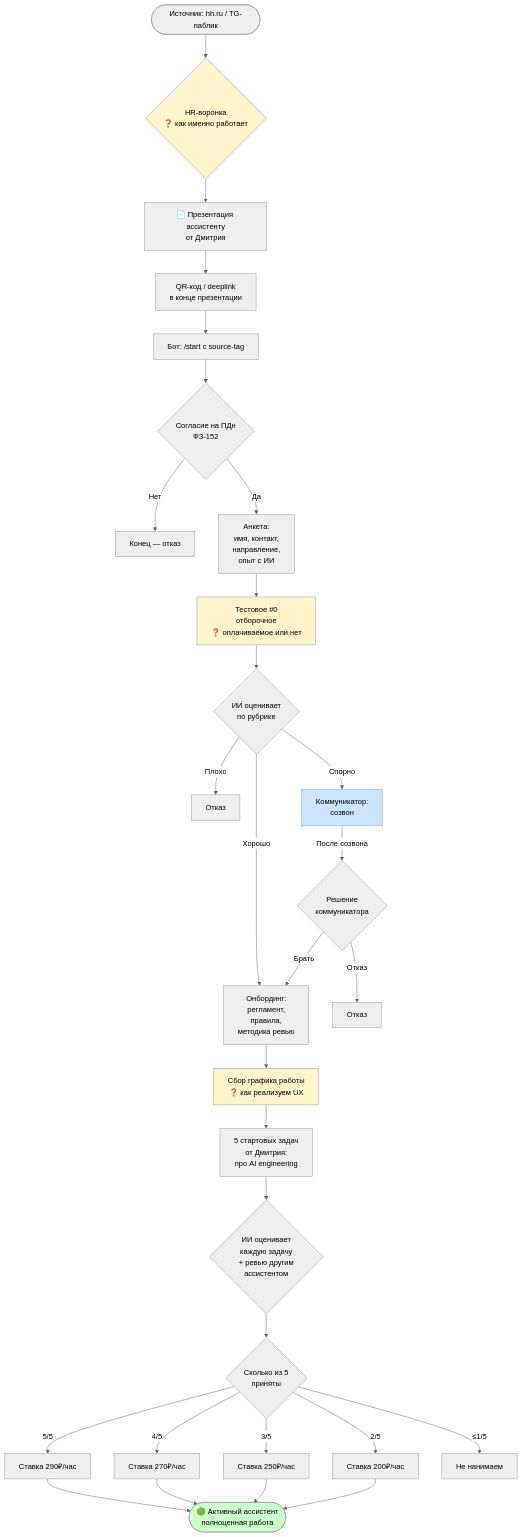
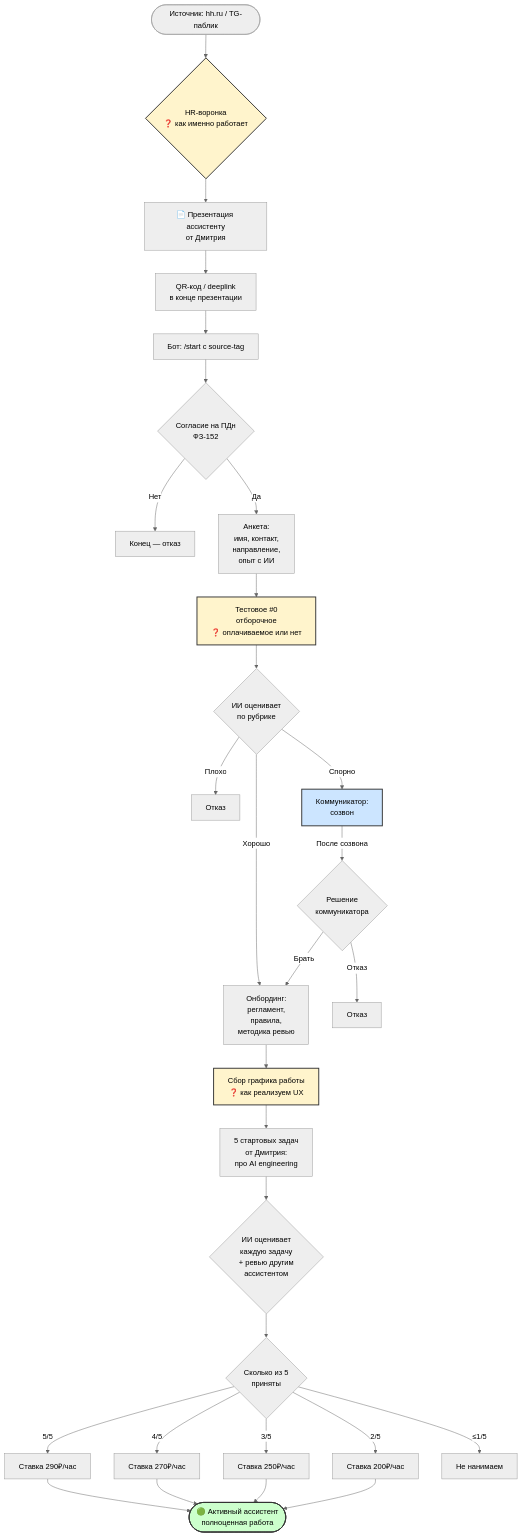
Before and after one commit to kokolsk1y/assistant-hub: the second of 4 diagrams in docs/ARCHITECTURE_AND_QUESTIONS.md, drawn with Mermaid (neutral theme). The commit also changed other lines of this file and 2 other files, not shown here.

First line of the commit message:
docs: README.md + улучшение читаемости Mermaid в .md

````diff
--- a/docs/ARCHITECTURE_AND_QUESTIONS.md
+++ b/docs/ARCHITECTURE_AND_QUESTIONS.md
@@ -122,40 +132,40 @@
 ```mermaid
 flowchart TD
     Start([Источник: hh.ru / TG-паблик]) --> Funnel{HR-воронка<br/>❓ как именно работает}
     Funnel --> Pres[📄 Презентация ассистенту<br/>от Дмитрия]
     Pres --> QR[QR-код / deeplink<br/>в конце презентации]
     QR --> BotStart[Бот: /start с source-tag]
 
     BotStart --> Consent{Согласие на ПДн<br/>ФЗ-152}
     Consent -->|Нет| End1[Конец — отказ]
     Consent -->|Да| Anketa[Анкета:<br/>имя, контакт,<br/>направление,<br/>опыт с ИИ]
 
     Anketa --> TestZero[Тестовое #0<br/>отборочное<br/>❓ оплачиваемое или нет]
     TestZero --> Eval0{ИИ оценивает<br/>по рубрике}
     Eval0 -->|Плохо| End2[Отказ]
     Eval0 -->|Спорно| Comm1[Коммуникатор:<br/>созвон]
     Eval0 -->|Хорошо| Onboarding[Онбординг:<br/>регламент,<br/>правила,<br/>методика ревью]
 
     Comm1 -->|После созвона| Decide{Решение<br/>коммуникатора}
     Decide -->|Брать| Onboarding
     Decide -->|Отказ| End3[Отказ]
 
     Onboarding --> Sched[Сбор графика работы<br/>❓ как реализуем UX]
     Sched --> StartTasks[5 стартовых задач<br/>от Дмитрия:<br/>про AI engineering]
 
     StartTasks --> Eval5{ИИ оценивает<br/>каждую задачу<br/>+ ревью другим<br/>ассистентом}
     Eval5 --> Rate{Сколько из 5<br/>приняты}
     Rate -->|5/5| R290[Ставка 290₽/час]
     Rate -->|4/5| R270[Ставка 270₽/час]
     Rate -->|3/5| R250[Ставка 250₽/час]
     Rate -->|2/5| R200[Ставка 200₽/час]
     Rate -->|≤1/5| End4[Не нанимаем]
 
     R290 & R270 & R250 & R200 --> Active([🟢 Активный ассистент<br/>полноценная работа])
 
-    style Funnel fill:#fff4cc
-    style TestZero fill:#fff4cc
-    style Sched fill:#fff4cc
-    style Comm1 fill:#cce5ff
-    style Active fill:#ccffcc
+    style Funnel fill:#fff4cc,color:#000,stroke:#333,stroke-width:2px
+    style TestZero fill:#fff4cc,color:#000,stroke:#333,stroke-width:2px
+    style Sched fill:#fff4cc,color:#000,stroke:#333,stroke-width:2px
+    style Comm1 fill:#cce5ff,color:#000,stroke:#333,stroke-width:2px
+    style Active fill:#ccffcc,color:#000,stroke:#333,stroke-width:2px
 ```
````
